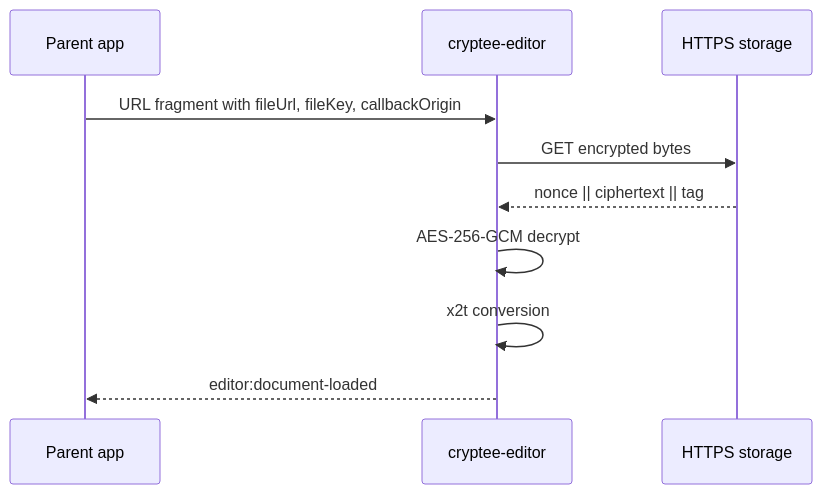
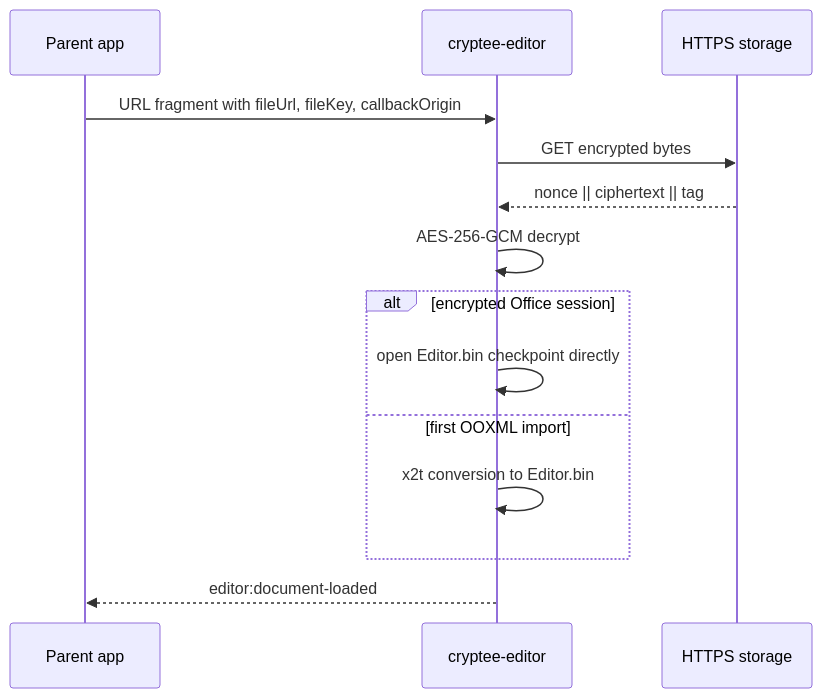
The second of 4 diagrams in docs/ARCHITECTURE.md (OpenE2EELabs/cryptee-editor), drawn with Mermaid before and after one commit. The commit also changed other lines of this file and 16 other files, not shown here.

Commit message:
Add encrypted Office session format

````diff
--- a/docs/ARCHITECTURE.md
+++ b/docs/ARCHITECTURE.md
@@ -15,12 +15,16 @@
 ```mermaid
 sequenceDiagram
   participant App as Parent app
   participant Editor as cryptee-editor
   participant Store as HTTPS storage
   App->>Editor: URL fragment with fileUrl, fileKey, callbackOrigin
   Editor->>Store: GET encrypted bytes
   Store-->>Editor: nonce || ciphertext || tag
   Editor->>Editor: AES-256-GCM decrypt
-  Editor->>Editor: x2t conversion
+  alt encrypted Office session
+    Editor->>Editor: open Editor.bin checkpoint directly
+  else first OOXML import
+    Editor->>Editor: x2t conversion to Editor.bin
+  end
   Editor-->>App: editor:document-loaded
 ```
````
